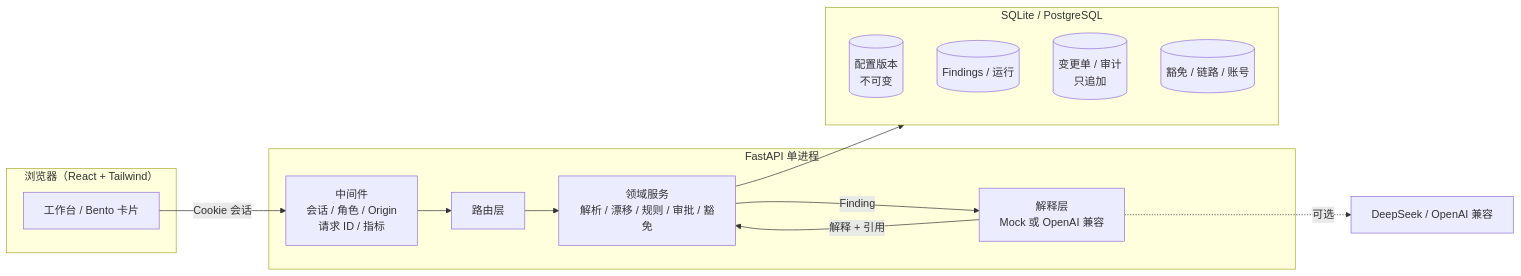
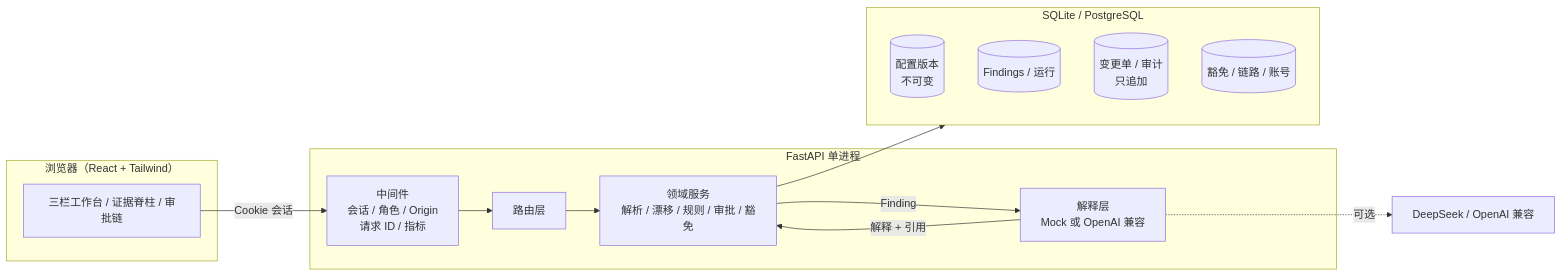
The first of 2 diagrams in docs/ARCHITECTURE.md (Lux8510/netcfg-evidence), drawn with Mermaid before and after one commit. The commit also changed 13 other files, not shown here.

````diff
--- a/docs/ARCHITECTURE.md
+++ b/docs/ARCHITECTURE.md
@@ -9,24 +9,24 @@
 ```mermaid
 flowchart LR
   subgraph Browser["浏览器（React + Tailwind）"]
-    UI[工作台 / Bento 卡片]
+    UI[三栏工作台 / 证据脊柱 / 审批链]
   end
 
   subgraph API["FastAPI 单进程"]
     MW[中间件<br/>会话 / 角色 / Origin<br/>请求 ID / 指标]
     R[路由层]
     S[领域服务<br/>解析 / 漂移 / 规则 / 审批 / 豁免]
     E[解释层<br/>Mock 或 OpenAI 兼容]
   end
 
   subgraph DB["SQLite / PostgreSQL"]
     V[(配置版本<br/>不可变)]
     F[(Findings / 运行)]
     C[(变更单 / 审计<br/>只追加)]
     X[(豁免 / 链路 / 账号)]
   end
 
   UI -->|Cookie 会话| MW --> R --> S --> DB
   S -->|Finding| E -->|解释 + 引用| S
   E -.->|可选| LLM[DeepSeek / OpenAI 兼容]
 ```
````
